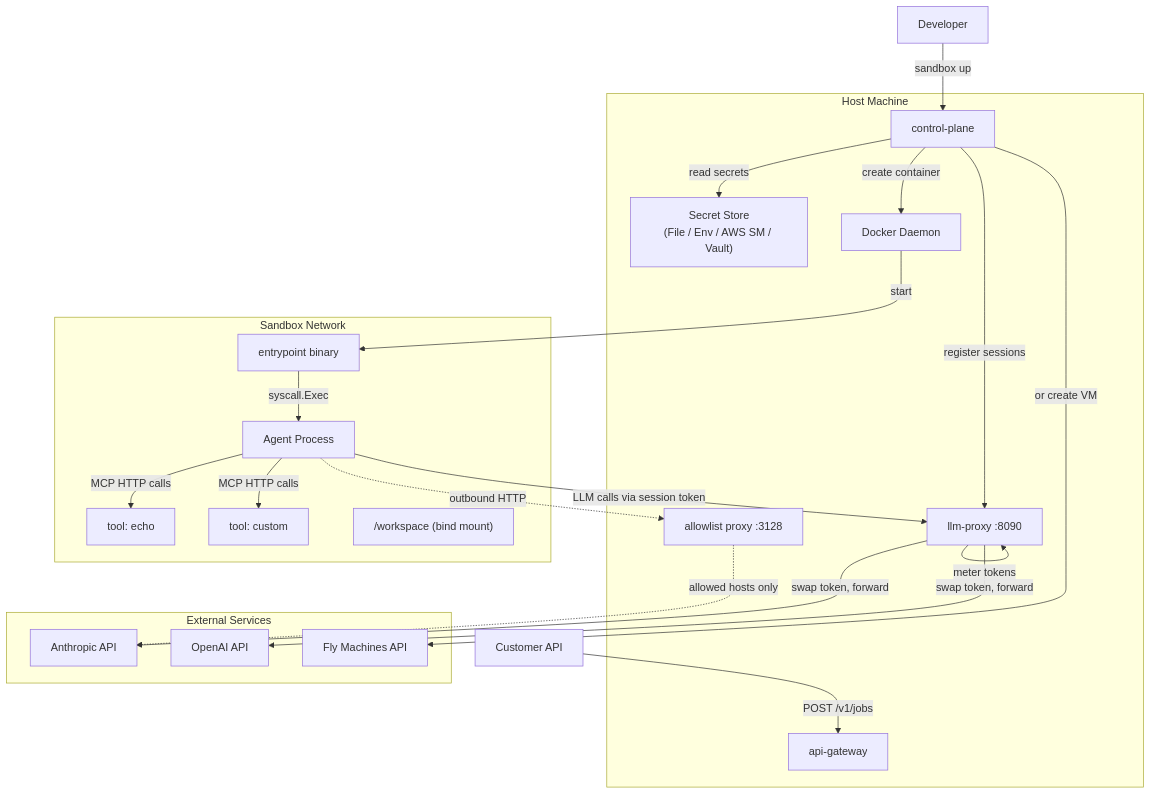
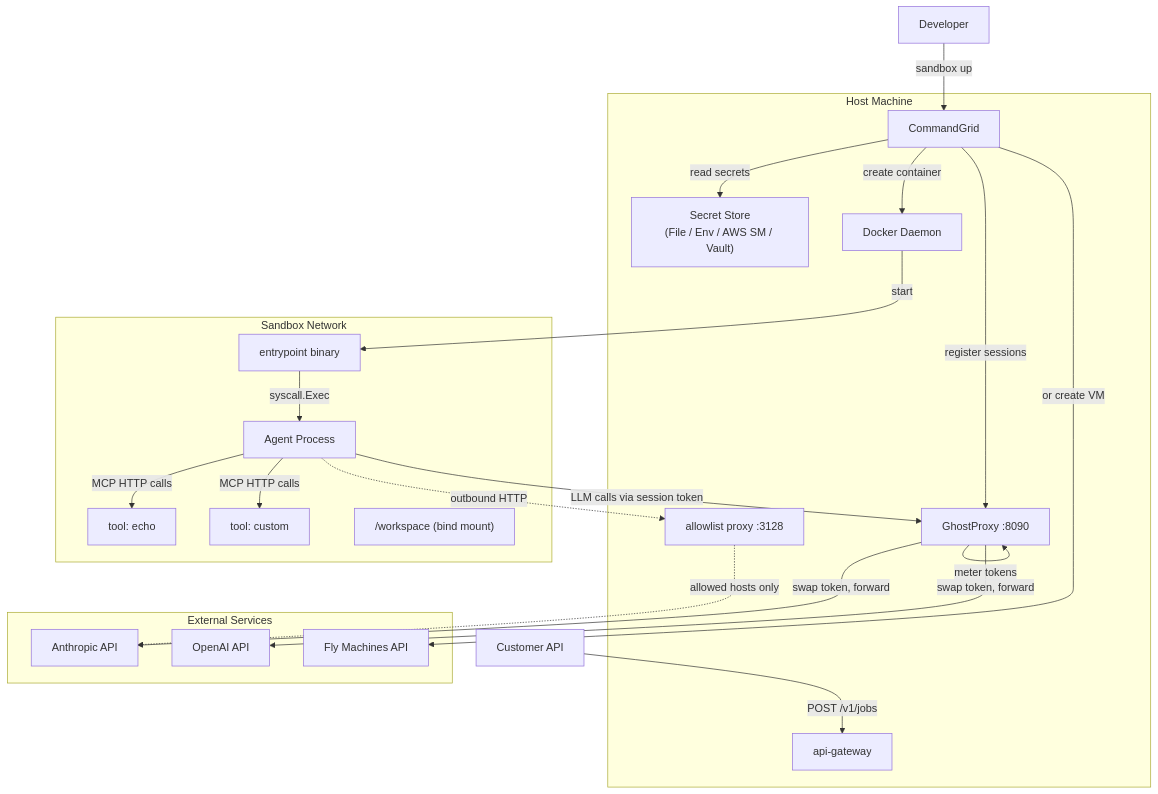
One commit to Travbz/control-plane changed the first of 2 diagrams in docs/architecture.md. Above: the diagram before and after it, drawn with Mermaid. The commit also changed other lines of this file and 6 other files, not shown here.

````diff
--- a/docs/architecture.md
+++ b/docs/architecture.md
@@ -7,43 +7,43 @@
 ```mermaid
 flowchart TB
     Customer[Customer API] -->|"POST /v1/jobs"| GW[api-gateway]
     User[Developer] -->|"sandbox up"| CP
 
     subgraph host [Host Machine]
         GW
-        CP[control-plane]
+        CP[CommandGrid]
         SecretStore["Secret Store<br/>(File / Env / AWS SM / Vault)"]
-        LLMProxy[llm-proxy :8090]
+        LLMProxy[GhostProxy :8090]
         AllowProxy[allowlist proxy :3128]
         Docker[Docker Daemon]
     end
 
     subgraph sandbox [Sandbox Network]
         Entrypoint[entrypoint binary]
         Agent[Agent Process]
         ToolEcho[tool: echo]
         ToolCustom[tool: custom]
         Workspace["/workspace (bind mount)"]
     end
 
     subgraph cloud [External Services]
         Anthropic[Anthropic API]
         OpenAI[OpenAI API]
         FlyAPI[Fly Machines API]
     end
 
     CP -->|"read secrets"| SecretStore
     CP -->|"register sessions"| LLMProxy
     CP -->|"create container"| Docker
     CP -->|"or create VM"| FlyAPI
     Docker -->|"start"| Entrypoint
     Entrypoint -->|"syscall.Exec"| Agent
     Agent -->|"LLM calls via session token"| LLMProxy
     Agent -->|"MCP HTTP calls"| ToolEcho
     Agent -->|"MCP HTTP calls"| ToolCustom
     Agent -.->|"outbound HTTP"| AllowProxy
     AllowProxy -.->|"allowed hosts only"| Anthropic
     LLMProxy -->|"swap token, forward"| Anthropic
     LLMProxy -->|"swap token, forward"| OpenAI
     LLMProxy -->|"meter tokens"| LLMProxy
 ```
````
